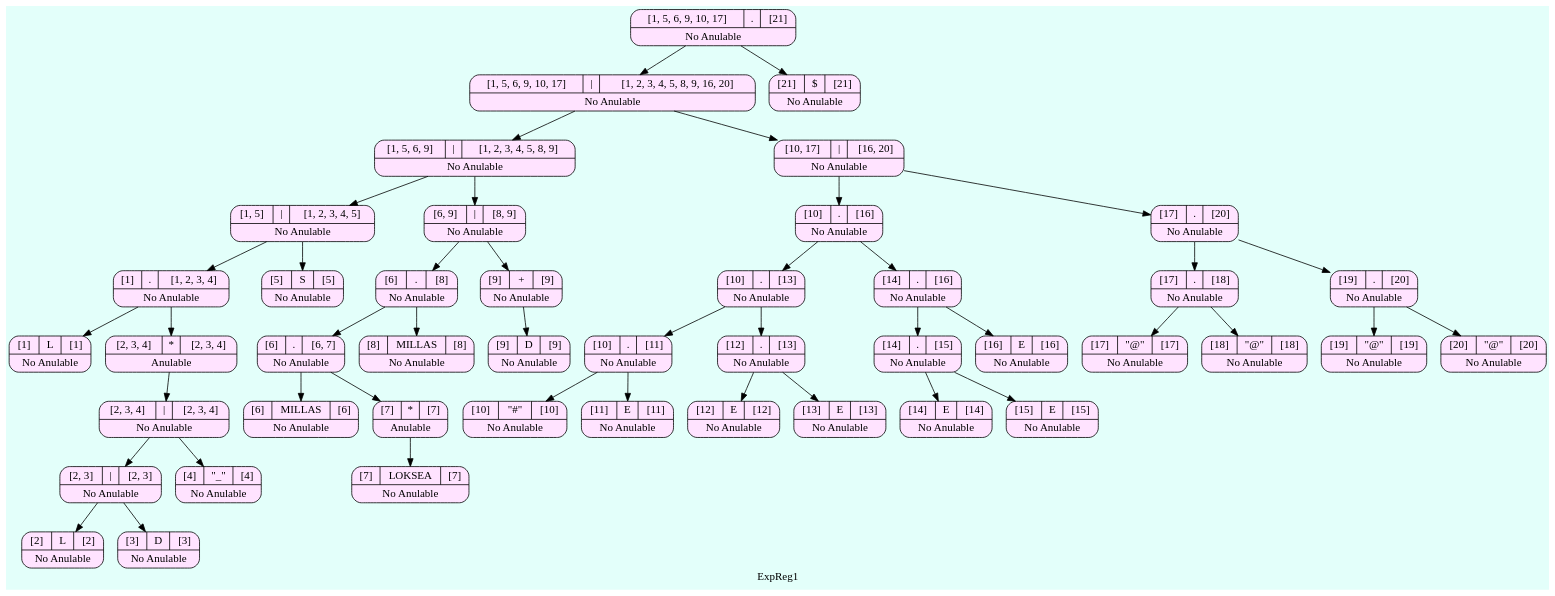
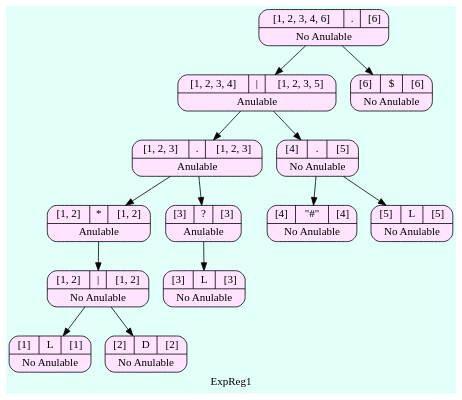
One commit to SergieArizandieta/OLC1-P1-202000119 changed the diagram in ARBOLES_202000119/Arbol_ExpReg1.dot. Above: the diagram before and after it, drawn with Graphviz. The commit also changed 9 other files, not shown here.

```diff
--- a/ARBOLES_202000119/Arbol_ExpReg1.dot
+++ b/ARBOLES_202000119/Arbol_ExpReg1.dot
@@ -1,93 +1,31 @@
 digraph structs {
   bgcolor = "#E3FFFA"
    node [shape=Mrecord fillcolor="#FFE3FF" style =filled];
 label ="ExpReg1"
-    struct1848203671    [label="{{[1, 5, 6, 9, 10, 17]|<here>.|[21]}|No Anulable}"];
-    struct1848203671-> struct1250863867
-    struct1250863867    [label="{{[1, 5, 6, 9, 10, 17]|<here>\||[1, 2, 3, 4, 5, 8, 9, 16, 20]}|No Anulable}"];
-    struct1250863867-> struct1651133630
-    struct1651133630    [label="{{[1, 5, 6, 9]|<here>\||[1, 2, 3, 4, 5, 8, 9]}|No Anulable}"];
-    struct1651133630-> struct1860400788
-    struct1860400788    [label="{{[1, 5]|<here>\||[1, 2, 3, 4, 5]}|No Anulable}"];
-    struct1860400788-> struct1252159294
-    struct1252159294    [label="{{[1]|<here>.|[1, 2, 3, 4]}|No Anulable}"];
-    struct1252159294-> struct1975832035
-    struct1975832035    [label="{{[1]|<here>L|[1]}|No Anulable}"];
-    struct1252159294-> struct1174102105
-    struct1174102105    [label="{{[2, 3, 4]|<here>*|[2, 3, 4]}|Anulable}"];
-    struct1174102105-> struct811202980
-    struct811202980    [label="{{[2, 3, 4]|<here>\||[2, 3, 4]}|No Anulable}"];
-    struct811202980-> struct1776007950
-    struct1776007950    [label="{{[2, 3]|<here>\||[2, 3]}|No Anulable}"];
-    struct1776007950-> struct983812099
-    struct983812099    [label="{{[2]|<here>L|[2]}|No Anulable}"];
-    struct1776007950-> struct608472742
-    struct608472742    [label="{{[3]|<here>D|[3]}|No Anulable}"];
-    struct811202980-> struct1529861971
-    struct1529861971    [label="{{[4]|<here>\"_\"|[4]}|No Anulable}"];
-    struct1860400788-> struct1872237811
-    struct1872237811    [label="{{[5]|<here>S|[5]}|No Anulable}"];
-    struct1651133630-> struct1272920787
-    struct1272920787    [label="{{[6, 9]|<here>\||[8, 9]}|No Anulable}"];
-    struct1272920787-> struct1265548464
-    struct1265548464    [label="{{[6]|<here>.|[8]}|No Anulable}"];
-    struct1265548464-> struct1860075457
-    struct1860075457    [label="{{[6]|<here>.|[6, 7]}|No Anulable}"];
-    struct1860075457-> struct1104073061
-    struct1104073061    [label="{{[6]|<here>MILLAS|[6]}|No Anulable}"];
-    struct1860075457-> struct1937072685
-    struct1937072685    [label="{{[7]|<here>*|[7]}|Anulable}"];
-    struct1937072685-> struct1296096207
-    struct1296096207    [label="{{[7]|<here>LOKSEA|[7]}|No Anulable}"];
-    struct1265548464-> struct1350407633
-    struct1350407633    [label="{{[8]|<here>MILLAS|[8]}|No Anulable}"];
-    struct1272920787-> struct1737438018
-    struct1737438018    [label="{{[9]|<here>+|[9]}|No Anulable}"];
-    struct1737438018-> struct1060327828
-    struct1060327828    [label="{{[9]|<here>D|[9]}|No Anulable}"];
-    struct1250863867-> struct1952873246
-    struct1952873246    [label="{{[10, 17]|<here>\||[16, 20]}|No Anulable}"];
-    struct1952873246-> struct1216985950
-    struct1216985950    [label="{{[10]|<here>.|[16]}|No Anulable}"];
-    struct1216985950-> struct1451394094
-    struct1451394094    [label="{{[10]|<here>.|[13]}|No Anulable}"];
-    struct1451394094-> struct1931002011
-    struct1931002011    [label="{{[10]|<here>.|[11]}|No Anulable}"];
-    struct1931002011-> struct887225197
-    struct887225197    [label="{{[10]|<here>\"#\"|[10]}|No Anulable}"];
-    struct1931002011-> struct834135524
-    struct834135524    [label="{{[11]|<here>E|[11]}|No Anulable}"];
-    struct1451394094-> struct1935062024
-    struct1935062024    [label="{{[12]|<here>.|[13]}|No Anulable}"];
-    struct1935062024-> struct1191165665
-    struct1191165665    [label="{{[12]|<here>E|[12]}|No Anulable}"];
-    struct1935062024-> struct2113802176
-    struct2113802176    [label="{{[13]|<here>E|[13]}|No Anulable}"];
-    struct1216985950-> struct1944603998
-    struct1944603998    [label="{{[14]|<here>.|[16]}|No Anulable}"];
-    struct1944603998-> struct903365087
-    struct903365087    [label="{{[14]|<here>.|[15]}|No Anulable}"];
-    struct903365087-> struct250341683
-    struct250341683    [label="{{[14]|<here>E|[14]}|No Anulable}"];
-    struct903365087-> struct57046817
-    struct57046817    [label="{{[15]|<here>E|[15]}|No Anulable}"];
-    struct1944603998-> struct852842670
-    struct852842670    [label="{{[16]|<here>E|[16]}|No Anulable}"];
-    struct1952873246-> struct1165238674
-    struct1165238674    [label="{{[17]|<here>.|[20]}|No Anulable}"];
-    struct1165238674-> struct336063102
-    struct336063102    [label="{{[17]|<here>.|[18]}|No Anulable}"];
-    struct336063102-> struct610814112
-    struct610814112    [label="{{[17]|<here>\"@\"|[17]}|No Anulable}"];
-    struct336063102-> struct1012950187
-    struct1012950187    [label="{{[18]|<here>\"@\"|[18]}|No Anulable}"];
-    struct1165238674-> struct1484569092
-    struct1484569092    [label="{{[19]|<here>.|[20]}|No Anulable}"];
-    struct1484569092-> struct1929637743
-    struct1929637743    [label="{{[19]|<here>\"@\"|[19]}|No Anulable}"];
-    struct1484569092-> struct365466855
-    struct365466855    [label="{{[20]|<here>\"@\"|[20]}|No Anulable}"];
-    struct1848203671-> struct707981257
-    struct707981257    [label="{{[21]|<here>$|[21]}|No Anulable}"];
+    struct147549442    [label="{{[1, 2, 3, 4, 6]|<here>.|[6]}|No Anulable}"];
+    struct147549442-> struct2016757567
+    struct2016757567    [label="{{[1, 2, 3, 4]|<here>\||[1, 2, 3, 5]}|Anulable}"];
+    struct2016757567-> struct1268545783
+    struct1268545783    [label="{{[1, 2, 3]|<here>.|[1, 2, 3]}|Anulable}"];
+    struct1268545783-> struct1584119305
+    struct1584119305    [label="{{[1, 2]|<here>*|[1, 2]}|Anulable}"];
+    struct1584119305-> struct219900859
+    struct219900859    [label="{{[1, 2]|<here>\||[1, 2]}|No Anulable}"];
+    struct219900859-> struct1606797720
+    struct1606797720    [label="{{[1]|<here>L|[1]}|No Anulable}"];
+    struct219900859-> struct2000050519
+    struct2000050519    [label="{{[2]|<here>D|[2]}|No Anulable}"];
+    struct1268545783-> struct1957571150
+    struct1957571150    [label="{{[3]|<here>?|[3]}|Anulable}"];
+    struct1957571150-> struct582926803
+    struct582926803    [label="{{[3]|<here>L|[3]}|No Anulable}"];
+    struct2016757567-> struct1397118229
+    struct1397118229    [label="{{[4]|<here>.|[5]}|No Anulable}"];
+    struct1397118229-> struct385831627
+    struct385831627    [label="{{[4]|<here>\"#\"|[4]}|No Anulable}"];
+    struct1397118229-> struct327607808
+    struct327607808    [label="{{[5]|<here>L|[5]}|No Anulable}"];
+    struct147549442-> struct1197608442
+    struct1197608442    [label="{{[6]|<here>$|[6]}|No Anulable}"];
 
 }
```
